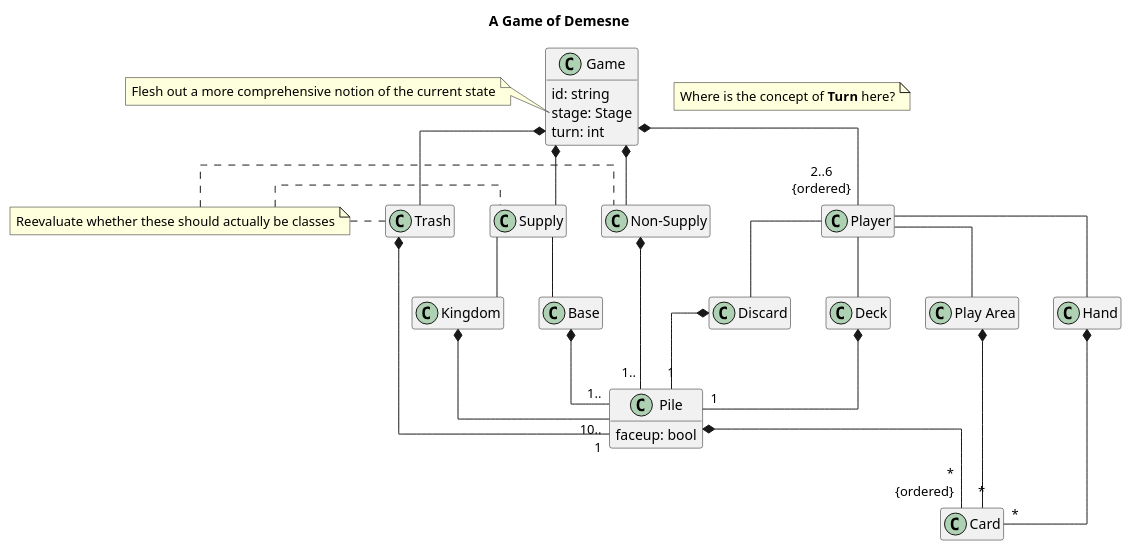
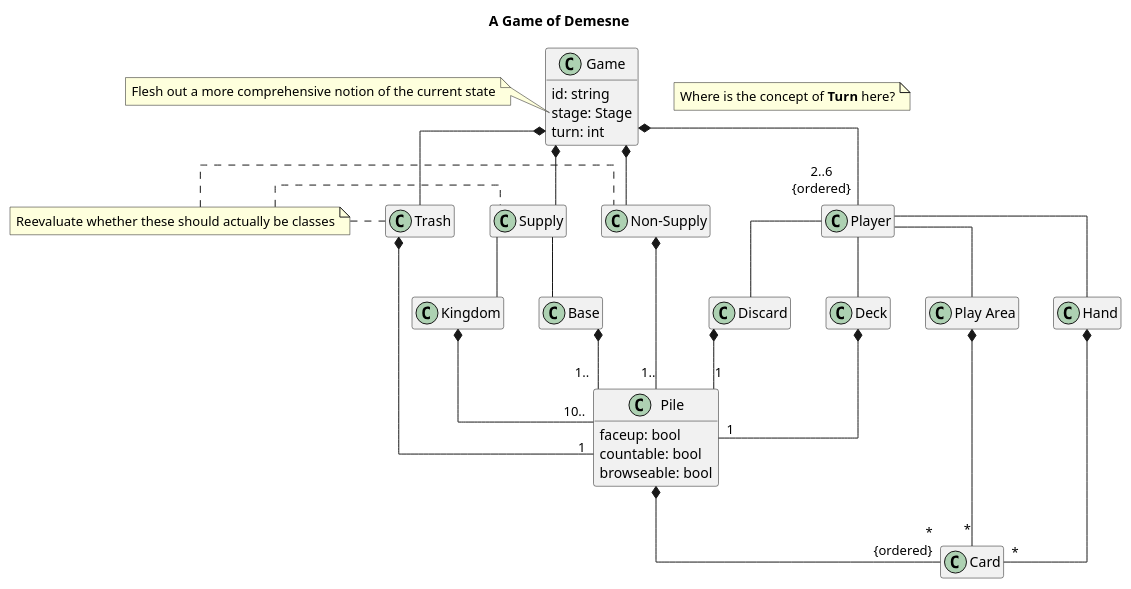
One commit to qwwqe/demesne changed the diagram in diagrams/game-class.puml. Above: the diagram before and after it, drawn with PlantUML. The commit also changed 1 other file, not shown here.

```diff
--- a/diagrams/game-class.puml
+++ b/diagrams/game-class.puml
@@ -1,79 +1,81 @@
 @startuml
 title A Game of Demesne
 hide empty members
 skinparam linetype ortho
 
 note "Where is the concept of <b>Turn</b> here?" as TurnNote
 
 note "Reevaluate whether these should actually be classes" as ClassNote
 
 class Game {
   id: string
   stage: Stage
   turn: int
 }
 
 class Player {}
 
 class Pile {
   faceup: bool
+  countable: bool
+  browseable: bool
 }
 
 together {
   class Deck
   class Discard
   class "Play Area"
   class Hand
 }
 
 together {
   class Supply
   class "Non-Supply"
   class Trash
 }
 
 together {
   class Base
   class Kingdom
 }
 
 together {
   class Pile
   class Card
 }
 
 note left of Game::stage
   Flesh out a more comprehensive notion of the current state
 end note
 
 Game *-- Supply
 Game *-- "Non-Supply"
 Game *-- Trash
 Game *-- "2..6\n{ordered}" Player
 
 Player -- "Play Area"
 Player -- Hand
 Player -- Deck
 Player -- Discard
 
 Deck *-- "1" Pile
 Discard *-- "1" Pile
 
 Trash .left. ClassNote
 Supply .left. ClassNote
 "Non-Supply" .left. ClassNote
 
 Supply -- Base
 Supply -- Kingdom
 
 Base *-- "1.." Pile
 Kingdom *-- "10.." Pile
 "Non-Supply" *-- "1.." Pile
 
 Trash *-- "1" Pile
 
 Pile *-- "\r*\n{ordered}" Card
 
 "Play Area" *-- "*" Card
 Hand *-- "*" Card
 @enduml
```
